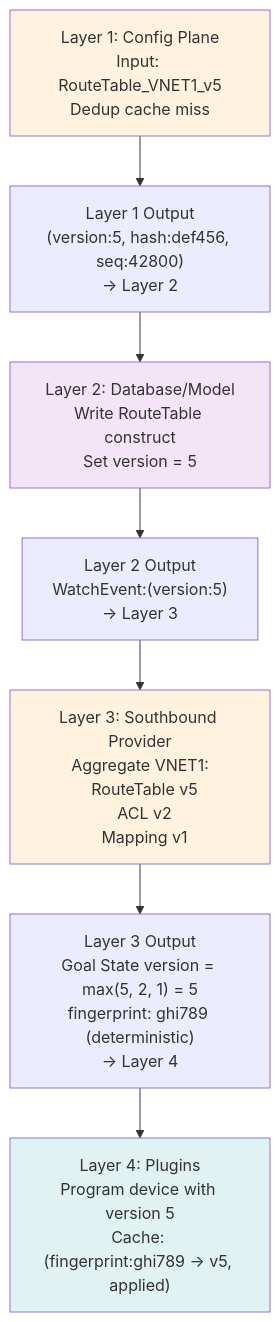
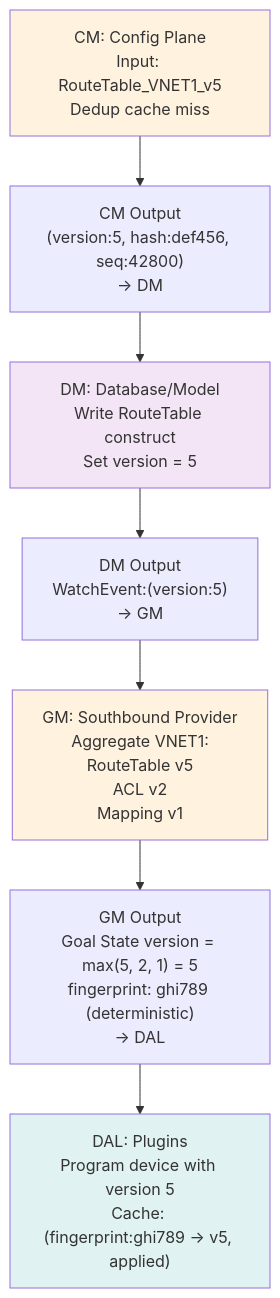
Before and after one commit to rashmirrout/DashFabric: the second of 7 diagrams in docs/FM-Designs/FM_DESIGN_VERSIONING_DEDUP_SUPER_ENHANCED.md, drawn with Mermaid. The commit also changed other lines of this file and 32 other files, not shown here.

````diff
--- a/docs/FM-Designs/FM_DESIGN_VERSIONING_DEDUP_SUPER_ENHANCED.md
+++ b/docs/FM-Designs/FM_DESIGN_VERSIONING_DEDUP_SUPER_ENHANCED.md
@@ -120,28 +120,28 @@
 ```mermaid
 graph TD
-    A["Layer 1: Config Plane<br/>Input: RouteTable_VNET1_v5<br/>Dedup cache miss"]
+    A["CM: Config Plane<br/>Input: RouteTable_VNET1_v5<br/>Dedup cache miss"]
     
-    B["Layer 1 Output<br/>(version:5, hash:def456, seq:42800)<br/>→ Layer 2"]
+    B["CM Output<br/>(version:5, hash:def456, seq:42800)<br/>→ DM"]
     
-    C["Layer 2: Database/Model<br/>Write RouteTable construct<br/>Set version = 5"]
+    C["DM: Database/Model<br/>Write RouteTable construct<br/>Set version = 5"]
     
-    D["Layer 2 Output<br/>WatchEvent:(version:5)<br/>→ Layer 3"]
+    D["DM Output<br/>WatchEvent:(version:5)<br/>→ GM"]
     
-    E["Layer 3: Southbound Provider<br/>Aggregate VNET1:<br/>  RouteTable v5<br/>  ACL v2<br/>  Mapping v1"]
+    E["GM: Southbound Provider<br/>Aggregate VNET1:<br/>  RouteTable v5<br/>  ACL v2<br/>  Mapping v1"]
     
-    F["Layer 3 Output<br/>Goal State version = max(5, 2, 1) = 5<br/>fingerprint: ghi789 (deterministic)<br/>→ Layer 4"]
+    F["GM Output<br/>Goal State version = max(5, 2, 1) = 5<br/>fingerprint: ghi789 (deterministic)<br/>→ DAL"]
     
-    G["Layer 4: Plugins<br/>Program device with version 5<br/>Cache: (fingerprint:ghi789 → v5, applied)"]
+    G["DAL: Plugins<br/>Program device with version 5<br/>Cache: (fingerprint:ghi789 → v5, applied)"]
     
     A --> B
     B --> C
     C --> D
     D --> E
     E --> F
     F --> G
     
     style A fill:#fff3e0
     style C fill:#f3e5f5
     style E fill:#fff3e0
     style G fill:#e0f2f1
 ```
````
